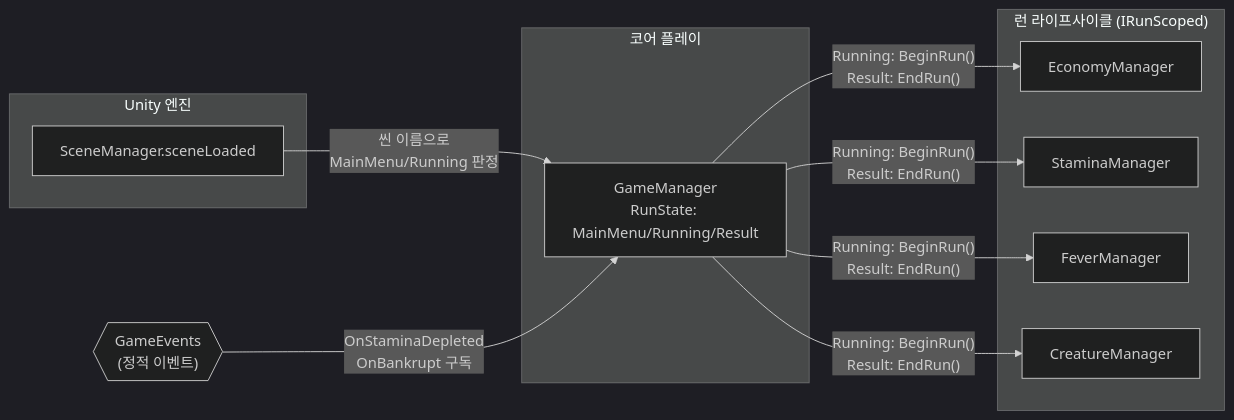
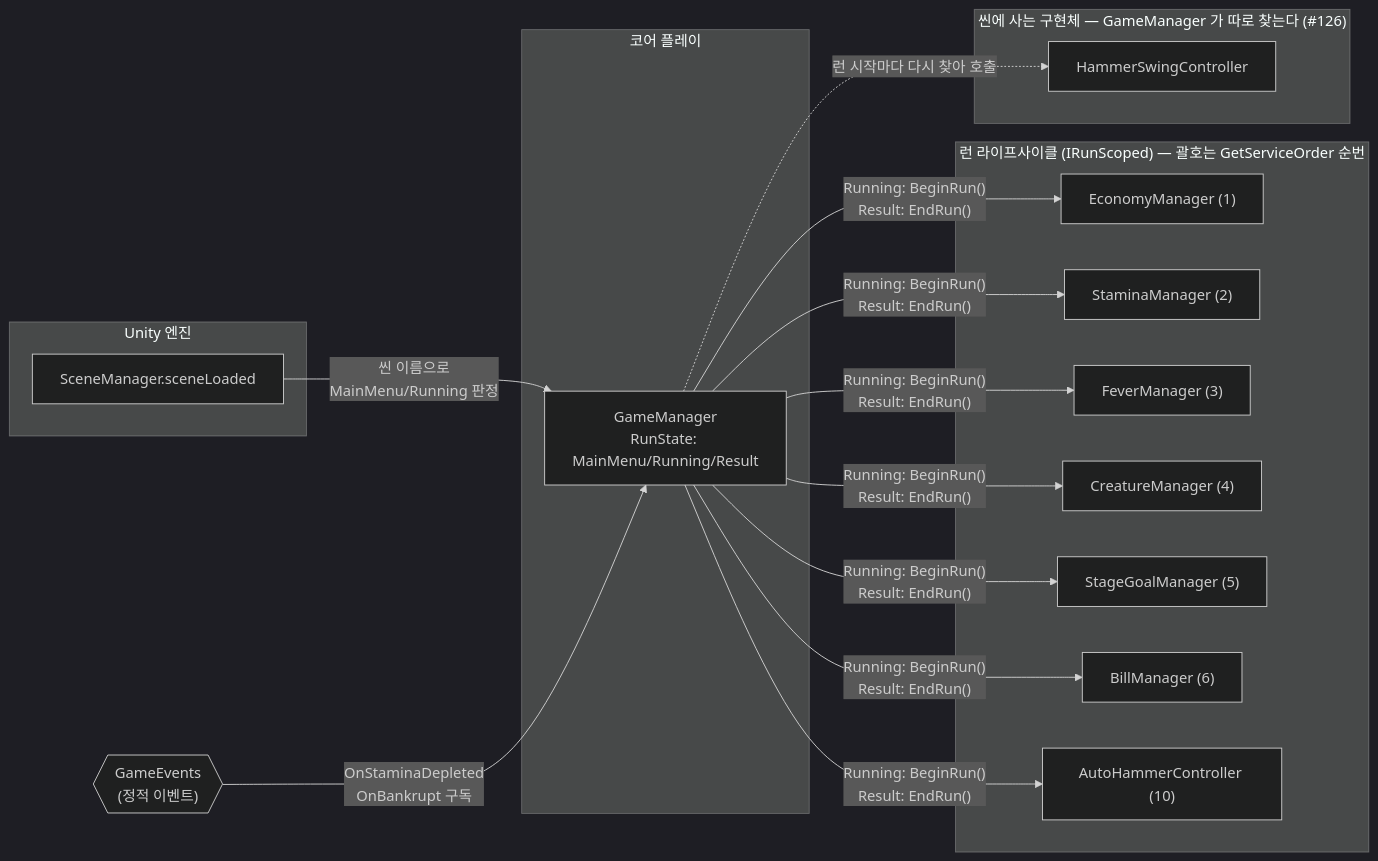
Before and after one commit to KDNA-Gwangju-1/NCAIClicker: the diagram in docs/TECH_NOTES/run-state.md, drawn with Mermaid (dark theme). The commit also changed other lines of this file and 10 other files, not shown here.

First line of the commit message:
feat: BillManager 를 런 경계에 배선하고 호출 순서를 고정 (4.8, #164) (#170)

````diff
--- a/docs/TECH_NOTES/run-state.md
+++ b/docs/TECH_NOTES/run-state.md
@@ -32,26 +33,37 @@
 ```mermaid
 flowchart LR
   subgraph Unity["Unity 엔진"]
     scene[SceneManager.sceneLoaded]
   end
 
   subgraph Core["코어 플레이"]
     gm[GameManager<br/>RunState: MainMenu/Running/Result]
   end
 
-  subgraph Lifecycle["런 라이프사이클 (IRunScoped)"]
-    economy[EconomyManager]
-    stamina[StaminaManager]
-    fever[FeverManager]
-    creature[CreatureManager]
+  subgraph Lifecycle["런 라이프사이클 (IRunScoped) — 괄호는 GetServiceOrder 순번"]
+    economy["EconomyManager (1)"]
+    stamina["StaminaManager (2)"]
+    fever["FeverManager (3)"]
+    creature["CreatureManager (4)"]
+    stage["StageGoalManager (5)"]
+    bill["BillManager (6)"]
+    auto["AutoHammerController (10)"]
+  end
+
+  subgraph SceneScoped["씬에 사는 구현체 — GameManager 가 따로 찾는다 (#126)"]
+    hammer[HammerSwingController]
   end
 
   events{{"GameEvents<br/>(정적 이벤트)"}}
 
   scene -- "씬 이름으로<br/>MainMenu/Running 판정" --> gm
   events -- "OnStaminaDepleted<br/>OnBankrupt 구독" --> gm
   gm -- "Running: BeginRun()<br/>Result: EndRun()" --> economy
   gm -- "Running: BeginRun()<br/>Result: EndRun()" --> stamina
   gm -- "Running: BeginRun()<br/>Result: EndRun()" --> fever
   gm -- "Running: BeginRun()<br/>Result: EndRun()" --> creature
+  gm -- "Running: BeginRun()<br/>Result: EndRun()" --> stage
+  gm -- "Running: BeginRun()<br/>Result: EndRun()" --> bill
+  gm -- "Running: BeginRun()<br/>Result: EndRun()" --> auto
+  gm -. "런 시작마다 다시 찾아 호출" .-> hammer
 ```
````
